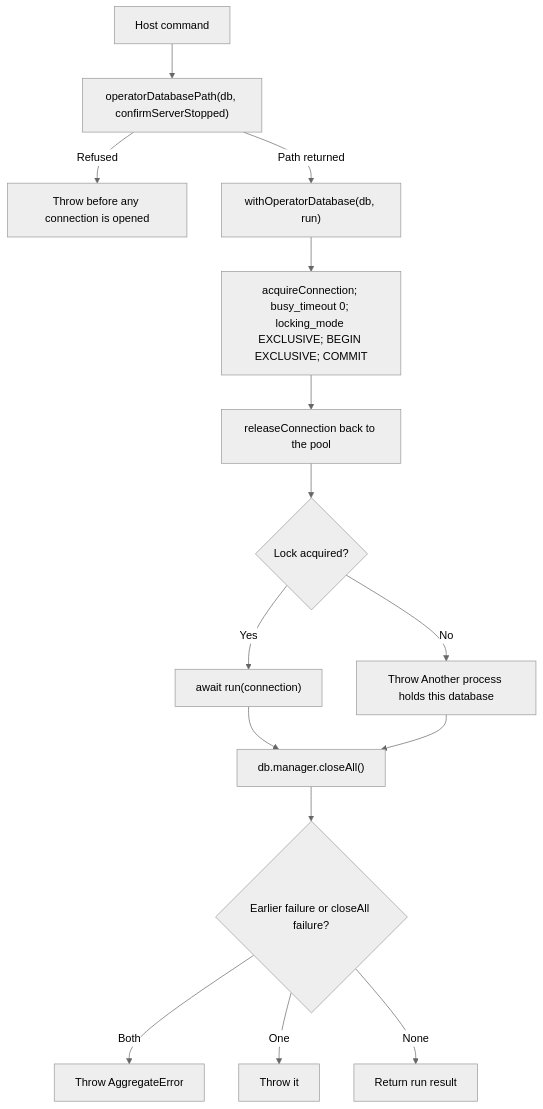
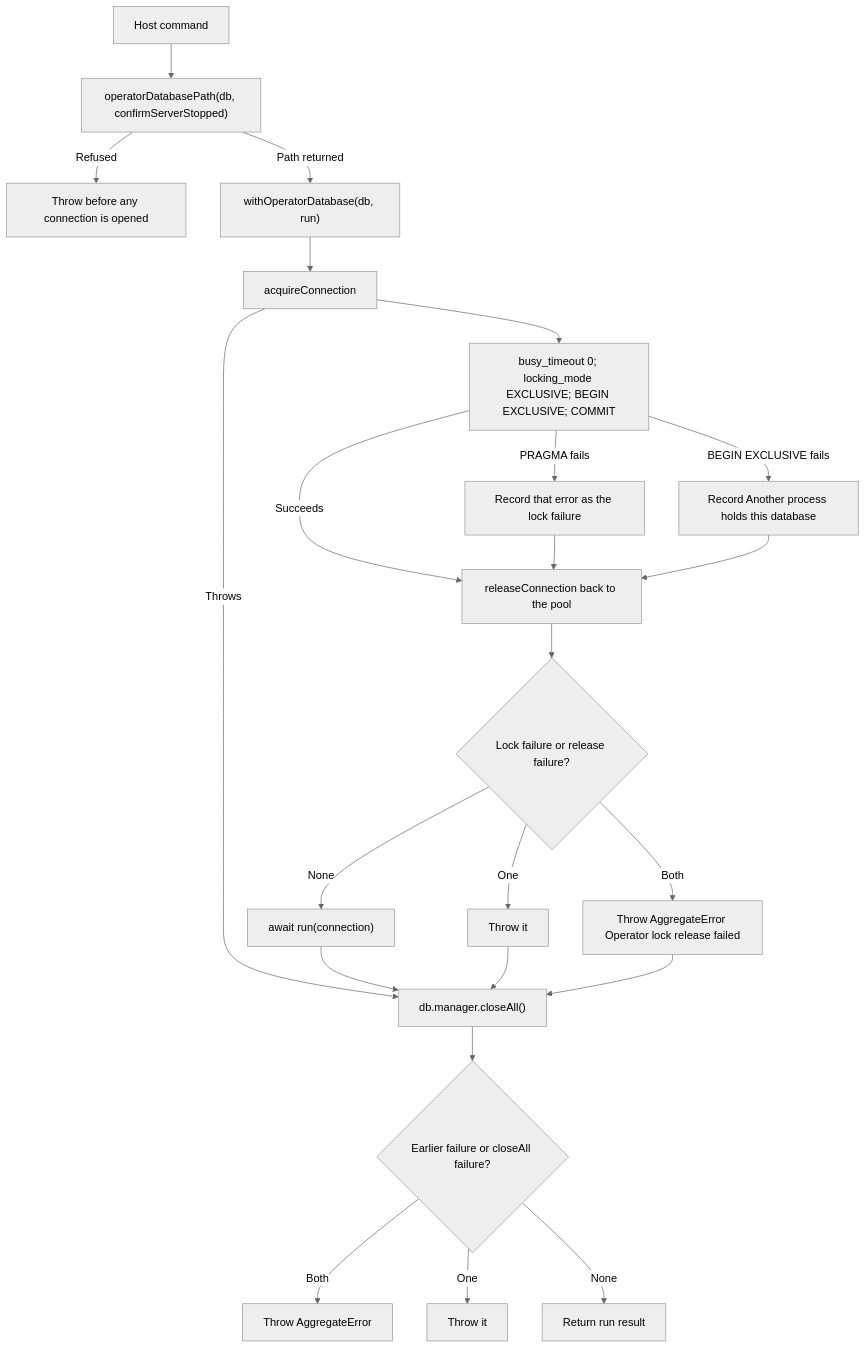
Before and after one commit to Kevinjohn/oss-adonisjs-sqlite-backup: the second of 2 diagrams in user-stories/operator-guards/us-op-07-stopped-server-operator-command.md, drawn with Mermaid (neutral theme). The commit also changed other lines of this file and 2 other files, not shown here.

Commit message:
documentation: correct user stories after second review

````diff
--- a/user-stories/operator-guards/us-op-07-stopped-server-operator-command.md
+++ b/user-stories/operator-guards/us-op-07-stopped-server-operator-command.md
@@ -41,17 +42,25 @@
 ```mermaid
 flowchart TD
     A["Host command"] --> B["operatorDatabasePath(db, confirmServerStopped)"]
     B -->|Refused| X["Throw before any connection is opened"]
     B -->|Path returned| C["withOperatorDatabase(db, run)"]
-    C --> D["acquireConnection; busy_timeout 0; locking_mode EXCLUSIVE; BEGIN EXCLUSIVE; COMMIT"]
-    D --> E["releaseConnection back to the pool"]
-    E --> F{"Lock acquired?"}
-    F -->|No| G["Throw Another process holds this database"]
-    F -->|Yes| H["await run(connection)"]
-    H --> I["db.manager.closeAll()"]
+    C --> D["acquireConnection"]
+    D -->|Throws| I["db.manager.closeAll()"]
+    D --> S["busy_timeout 0; locking_mode EXCLUSIVE; BEGIN EXCLUSIVE; COMMIT"]
+    S -->|PRAGMA fails| P["Record that error as the lock failure"]
+    S -->|BEGIN EXCLUSIVE fails| Q["Record Another process holds this database"]
+    S -->|Succeeds| E["releaseConnection back to the pool"]
+    P --> E
+    Q --> E
+    E --> F{"Lock failure or release failure?"}
+    F -->|Both| R["Throw AggregateError Operator lock release failed"]
+    F -->|One| G["Throw it"]
+    F -->|None| H["await run(connection)"]
+    H --> I
     G --> I
+    R --> I
     I --> J{"Earlier failure or closeAll failure?"}
     J -->|Both| K["Throw AggregateError"]
     J -->|One| L["Throw it"]
     J -->|None| M["Return run result"]
 ```
````
